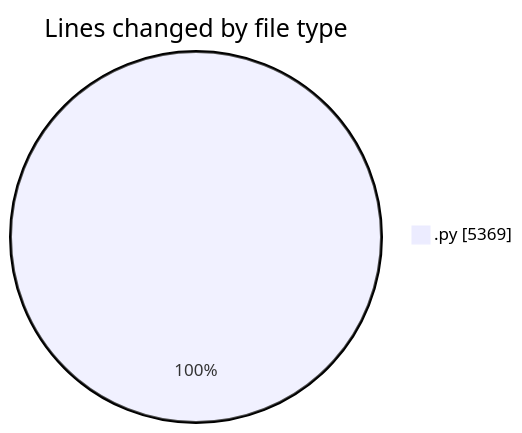
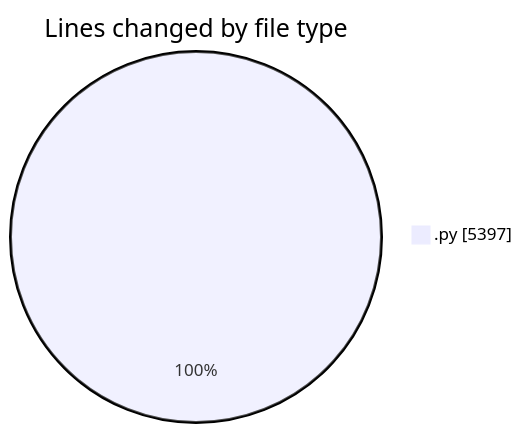
The first of 2 diagrams in 2025-04-18/myws__workspace_/README.md (MatusMokan/code-tracking), drawn with Mermaid before and after one commit. The commit also changed other lines of this file and 1 other file, not shown here.

````diff
--- a/2025-04-18/myws__workspace_/README.md
+++ b/2025-04-18/myws__workspace_/README.md
@@ -22,5 +22,5 @@
 ```mermaid
 pie showData
 title Lines changed by file type
-".py" : 5369
+".py" : 5397
 ```
````
